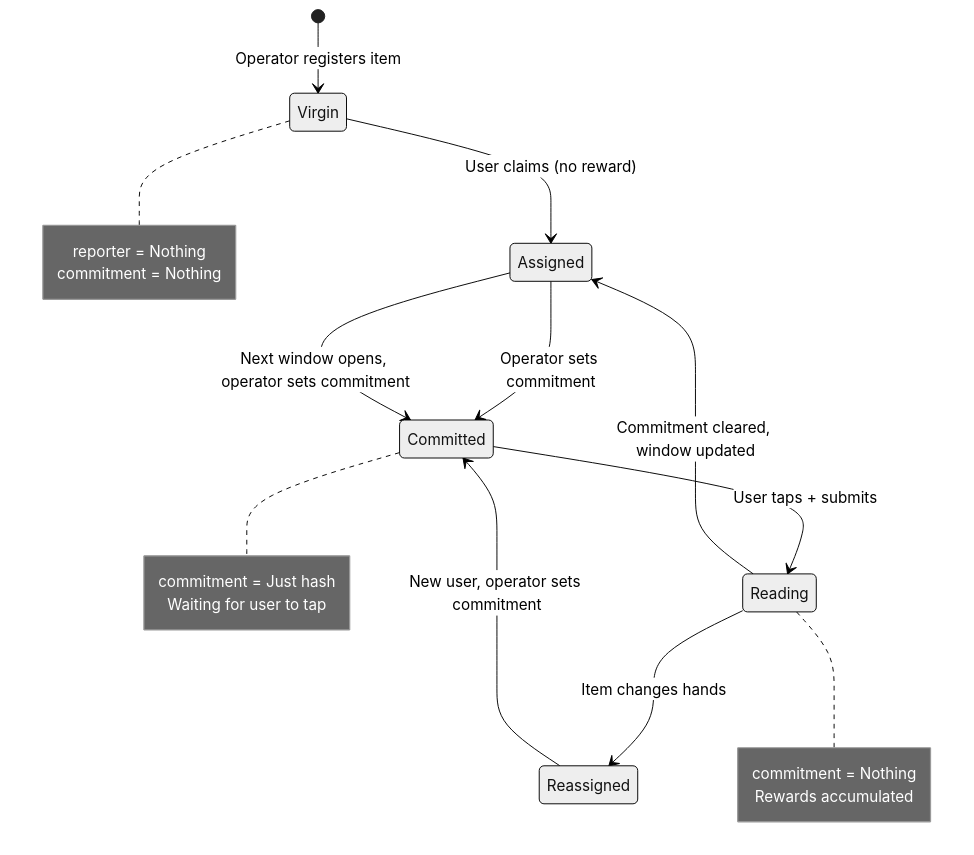
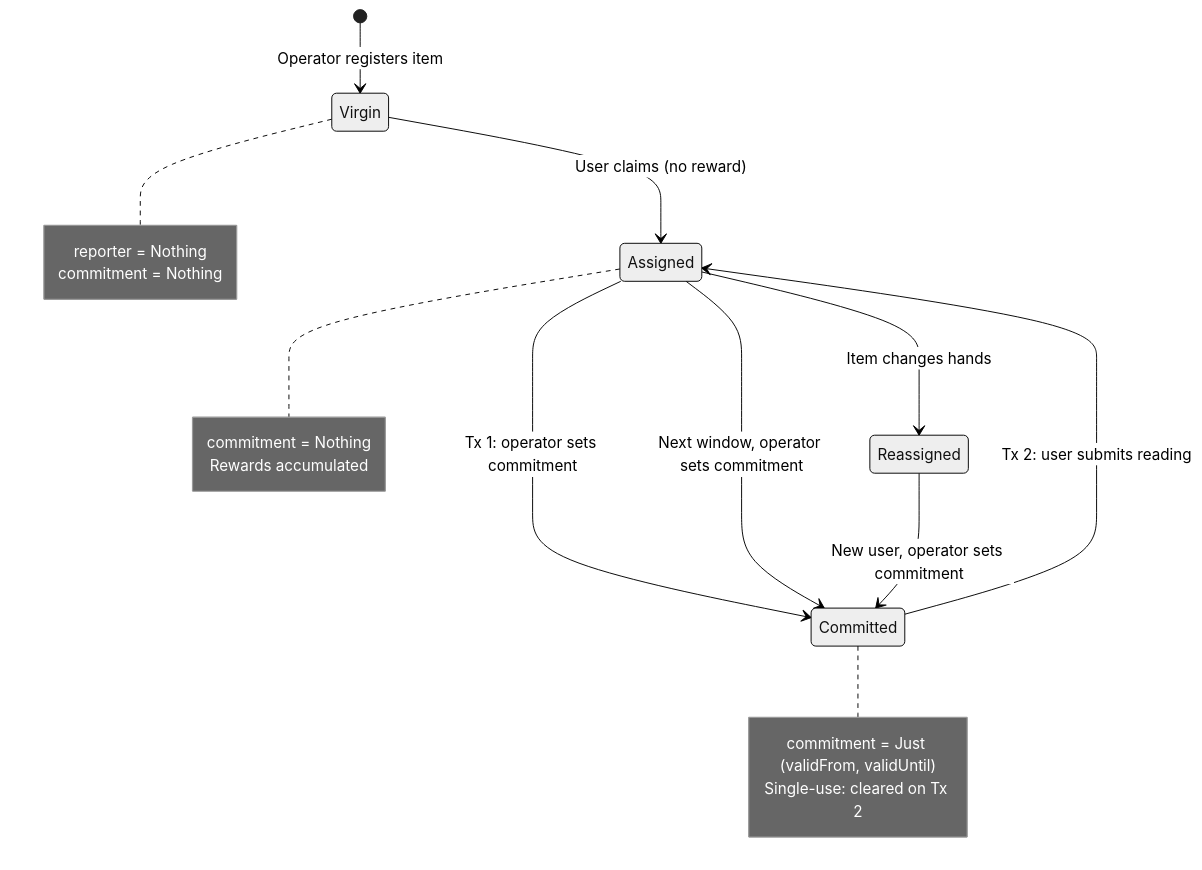
The first of 3 diagrams in docs/cardano/signed-readings.md (lambdasistemi/eu-digital-product-passport), drawn with Mermaid (neutral theme) before and after one commit. The commit also changed other lines of this file, not shown here.

Commit message:
feat: commitment as (validFrom, validUntil) — no hash, single-use by Tx1/Tx2 lifecycle

````diff
--- a/docs/cardano/signed-readings.md
+++ b/docs/cardano/signed-readings.md
@@ -73,26 +77,25 @@
 ```mermaid
 stateDiagram-v2
     [*] --> Virgin: Operator registers item
     Virgin --> Assigned: User claims (no reward)
-    Assigned --> Committed: Operator sets commitment
-    Committed --> Reading: User taps + submits
-    Reading --> Assigned: Commitment cleared, window updated
-    Assigned --> Committed: Next window opens, operator sets commitment
-    Reading --> Reassigned: Item changes hands
+    Assigned --> Committed: Tx 1: operator sets commitment
+    Committed --> Assigned: Tx 2: user submits reading
+    Assigned --> Committed: Next window, operator sets commitment
+    Assigned --> Reassigned: Item changes hands
     Reassigned --> Committed: New user, operator sets commitment
 
     note right of Virgin
         reporter = Nothing
         commitment = Nothing
     end note
 
     note right of Committed
-        commitment = Just hash
-        Waiting for user to tap
+        commitment = Just (validFrom, validUntil)
+        Single-use: cleared on Tx 2
     end note
 
-    note right of Reading
+    note right of Assigned
         commitment = Nothing
         Rewards accumulated
     end note
 ```
````
